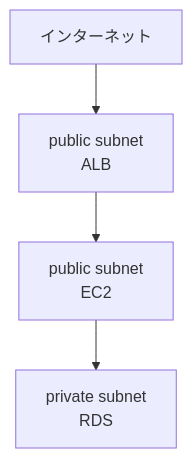
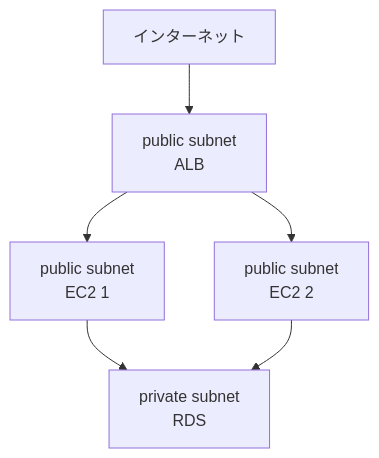
One commit to TORIFUKUKaiou/rails-dojo-year2-content changed the fourth of 8 diagrams in 12/orientation.md. Above: the diagram before and after it, drawn with Mermaid. The commit also changed other lines of this file, not shown here.

Commit message:
Elaborate RDS, Multi-AZ concept, and production configurations in week 12 orientation

````diff
--- a/12/orientation.md
+++ b/12/orientation.md
@@ -92,6 +90,8 @@
 ```mermaid
 flowchart TB
   Internet["インターネット"] --> ALB["public subnet<br>ALB"]
-  ALB --> EC2["public subnet<br>EC2"]
-  EC2 --> RDS["private subnet<br>RDS"]
+  ALB --> EC21["public subnet<br>EC2 1"]
+  ALB --> EC22["public subnet<br>EC2 2"]
+  EC21 --> RDS["private subnet<br>RDS"]
+  EC22 --> RDS
 ```
````
